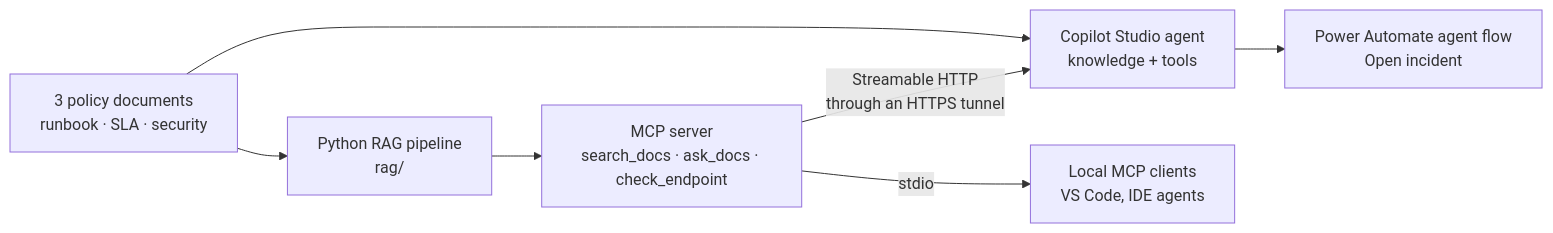
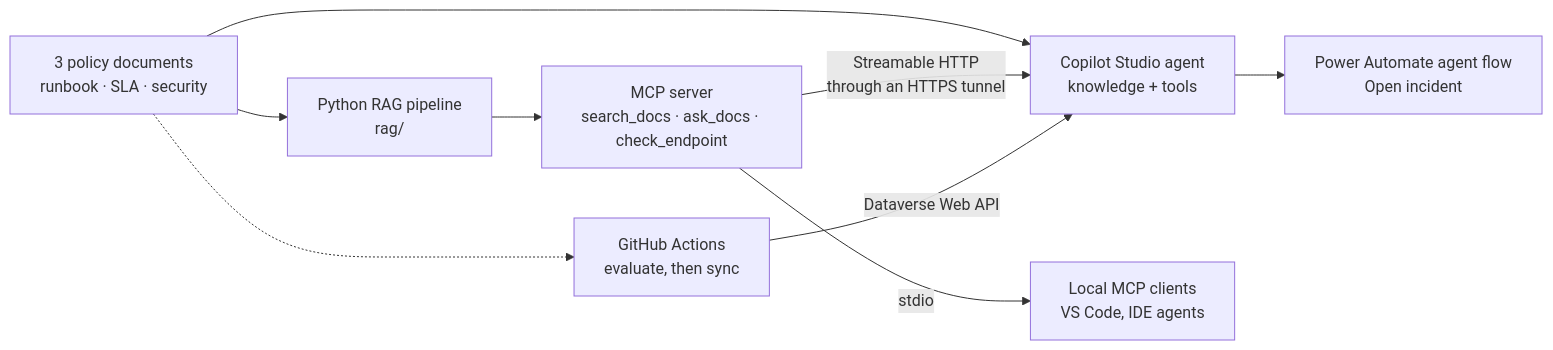
Before and after one commit to rayansekkatkr/ops-knowledge-agent: the diagram in README.md, drawn with Mermaid. The commit also changed other lines of this file and 3 other files, not shown here.

Commit message:
Add knowledge sync from GitHub to the Copilot Studio agent

````diff
--- a/README.md
+++ b/README.md
@@ -15,10 +18,12 @@
 ```mermaid
 flowchart LR
     D["3 policy documents<br/>runbook · SLA · security"]
     D --> CS["Copilot Studio agent<br/>knowledge + tools"]
     D --> R["Python RAG pipeline<br/>rag/"]
     R --> M["MCP server<br/>search_docs · ask_docs · check_endpoint"]
     M -- "Streamable HTTP<br/>through an HTTPS tunnel" --> CS
     M -- "stdio" --> IDE["Local MCP clients<br/>VS Code, IDE agents"]
     CS --> PA["Power Automate agent flow<br/>Open incident"]
+    G["GitHub Actions<br/>evaluate, then sync"] -- "Dataverse Web API" --> CS
+    D -.-> G
 ```
````
